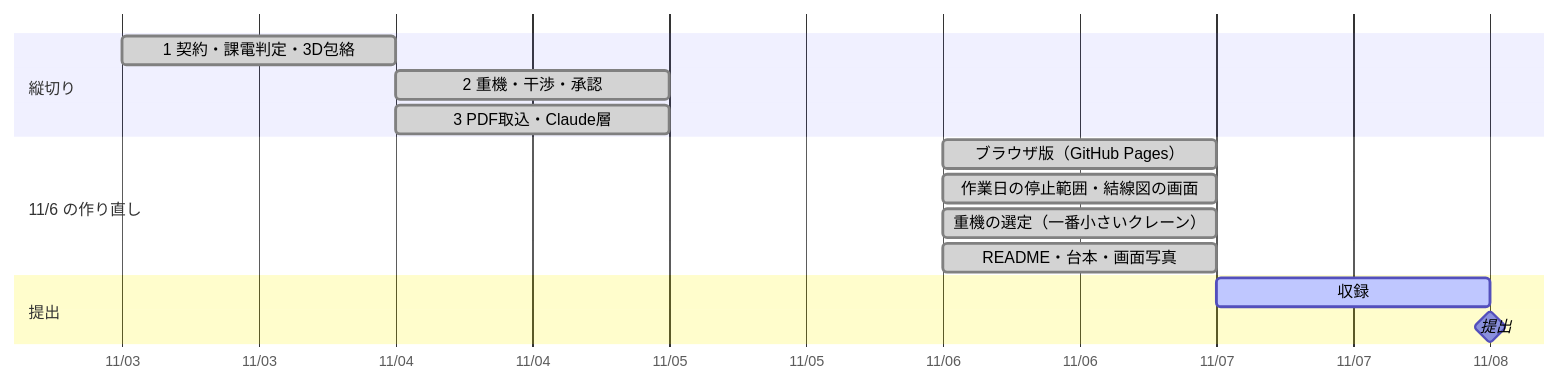
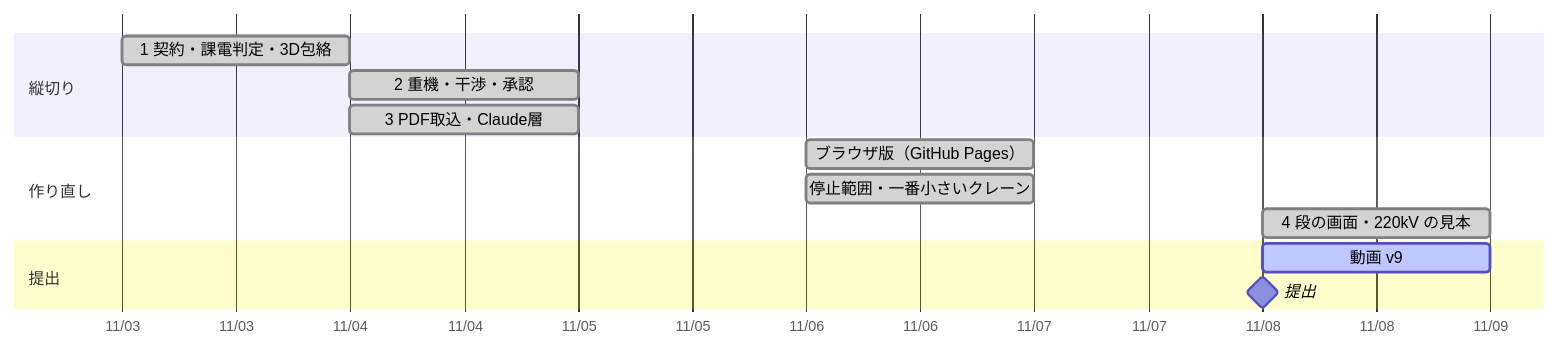
One commit to Daxion1578/Minimum-Approach-Area-Indicator changed the diagram in STATUS.md. Above: the diagram before and after it, drawn with Mermaid. The commit also changed other lines of this file, not shown here.

````diff
--- a/STATUS.md
+++ b/STATUS.md
@@ -3,17 +3,16 @@
 ```mermaid
 gantt
   dateFormat YYYY-MM-DD
   axisFormat %m/%d
   section 縦切り
-  1 契約・課電判定・3D包絡       :done,   s1, 2026-11-03, 1d
-  2 重機・干渉・承認              :done,   s2, 2026-11-04, 1d
-  3 PDF取込・Claude層            :done,   s3, 2026-11-04, 1d
-  section 11/6 の作り直し
-  ブラウザ版（GitHub Pages）      :done,   w1, 2026-11-06, 1d
-  作業日の停止範囲・結線図の画面  :done,   r1, 2026-11-06, 1d
-  重機の選定（一番小さいクレーン）:done,   r2, 2026-11-06, 1d
-  README・台本・画面写真          :done,   r3, 2026-11-06, 1d
+  1 契約・課電判定・3D包絡        :done,   s1, 2026-11-03, 1d
+  2 重機・干渉・承認               :done,   s2, 2026-11-04, 1d
+  3 PDF取込・Claude層             :done,   s3, 2026-11-04, 1d
+  section 作り直し
+  ブラウザ版（GitHub Pages）       :done,   w1, 2026-11-06, 1d
+  停止範囲・一番小さいクレーン     :done,   r1, 2026-11-06, 1d
+  4 段の画面・220kV の見本         :done,   r2, 2026-11-08, 1d
   section 提出
-  収録                           :active, v3, 2026-11-07, 1d
-  提出                           :milestone, m1, 2026-11-08, 0d
+  動画 v9                         :active, v9, 2026-11-08, 1d
+  提出                            :milestone, m1, 2026-11-08, 0d
 ```
````
